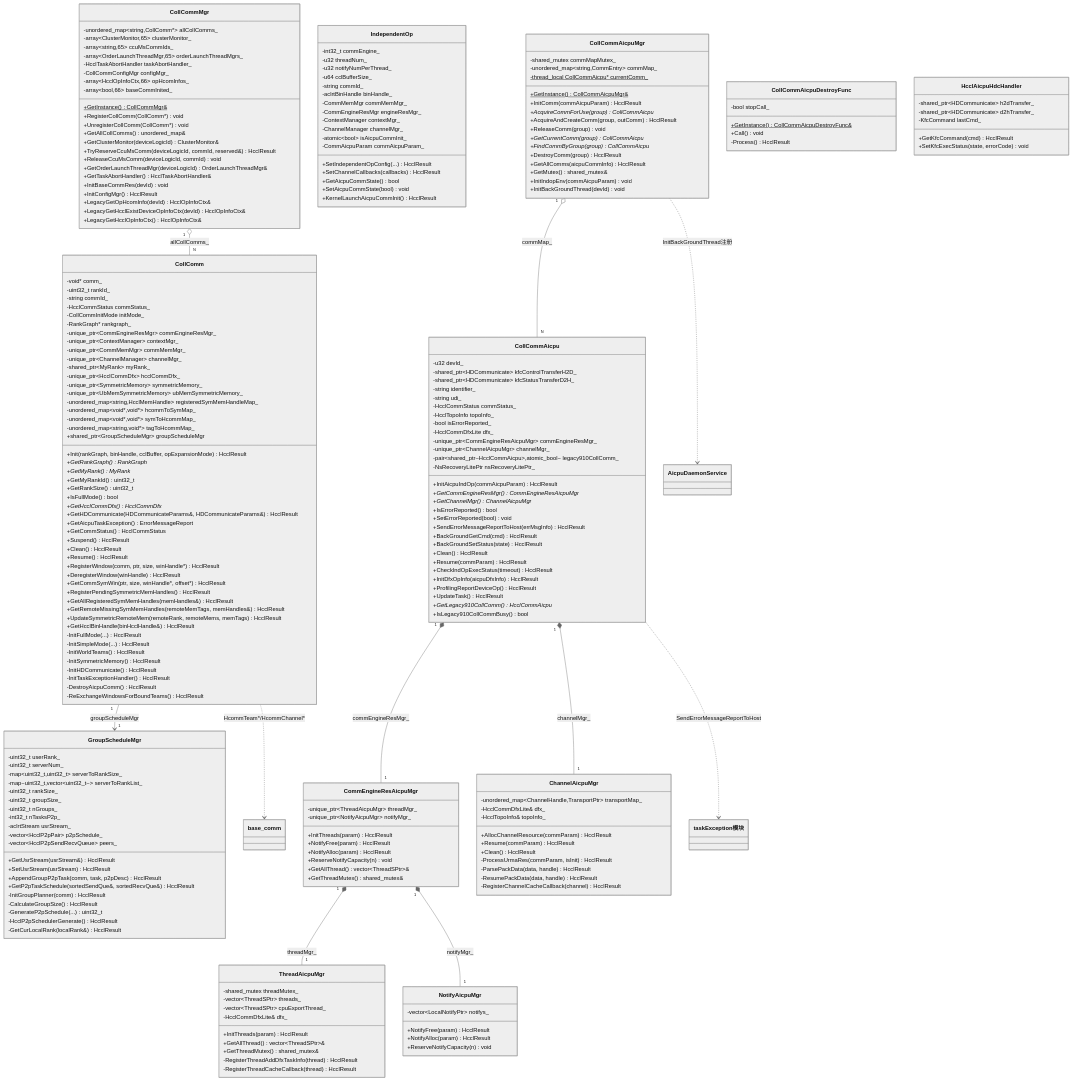
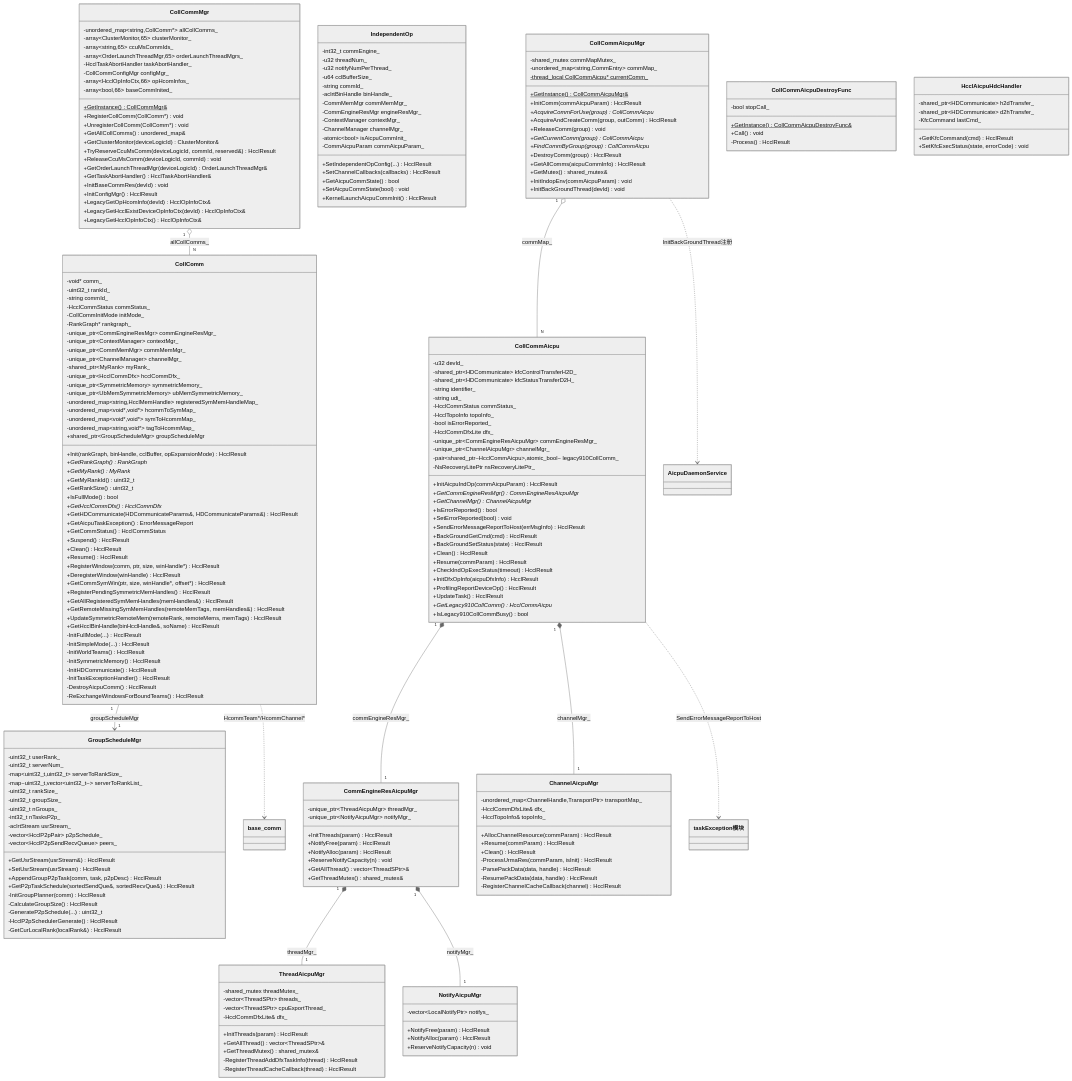
Before and after one commit to Fengfengst123/hcomm-mirror: diagram 12 of 12 in src/coll_communicator_mgr/communicator/communicator.md, drawn with Mermaid (neutral theme). The commit also changed other lines of this file and 5 other files, not shown here.

```diff
--- a/src/coll_communicator_mgr/communicator/communicator.md
+++ b/src/coll_communicator_mgr/communicator/communicator.md
@@ -582,7 +582,7 @@
         +GetAllRegisteredSymMemHandles(memHandles&) HcclResult
         +GetRemoteMissingSymMemHandles(remoteMemTags, memHandles&) HcclResult
         +UpdateSymmetricRemoteMem(remoteRank, remoteMems, memTags) HcclResult
-        +GetHcclBinHandle(binHcclHandle&) HcclResult
+        +GetHcclBinHandle(binHcclHandle&, soName) HcclResult
         +shared_ptr~GroupScheduleMgr~ groupScheduleMgr
         -InitFullMode(...) HcclResult
         -InitSimpleMode(...) HcclResult
```
